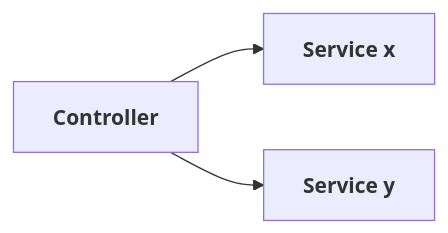
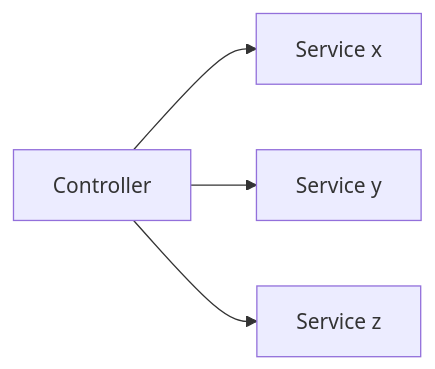
Before and after one commit to albin-joseph/myjslearnings: the first of 2 diagrams in nestjs/NestJs.MD, drawn with Mermaid.

````diff
--- a/nestjs/NestJs.MD
+++ b/nestjs/NestJs.MD
@@ -80,8 +80,10 @@
    ```mermaid
         flowchart LR;
-            step1["`**Controller**`"]
-            step2["`**Service x**`"]
+            step1["Controller"]
+            step2["Service x"]
             step1 --> step2
-            step3["`**Service y**`"]
+            step3["Service y"]
             step1 --> step3
+            step4["Service z"]
+            step1 --> step4
     ```
````
